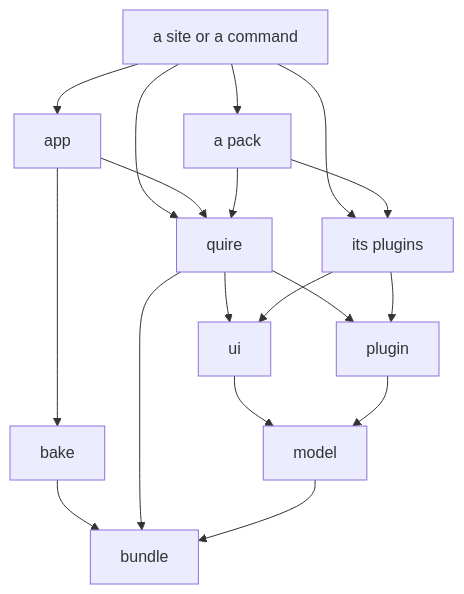
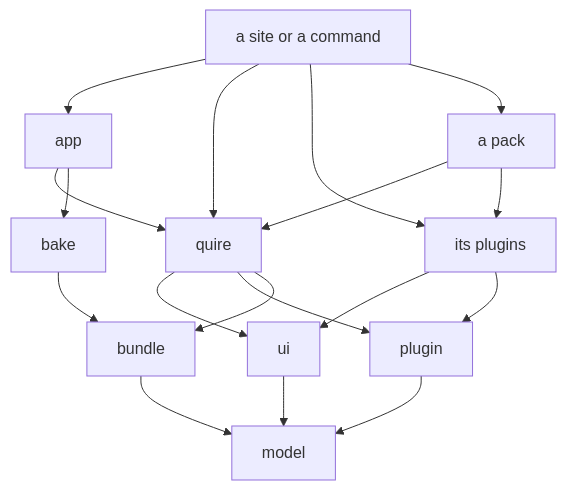
Before and after one commit to lahickey/quire: the diagram in site/content/docs/architecture.md, drawn with Mermaid. The commit also changed other lines of this file and 54 other files, not shown here.

````diff
--- a/site/content/docs/architecture.md
+++ b/site/content/docs/architecture.md
@@ -52,20 +53,20 @@
 ```mermaid
 flowchart TD
   site[a site or a command] --> app
   site --> quire
   app --> quire
   app --> bake
   bake --> bundle
   site --> plugins[its plugins]
   site --> pack[a pack]
   pack --> quire
   pack --> plugins
   quire --> ui
   quire --> plugin
   plugins --> ui
   plugins --> plugin
   ui --> model
   plugin --> model
   quire --> bundle
-  model --> bundle
+  bundle --> model
 ```
````
